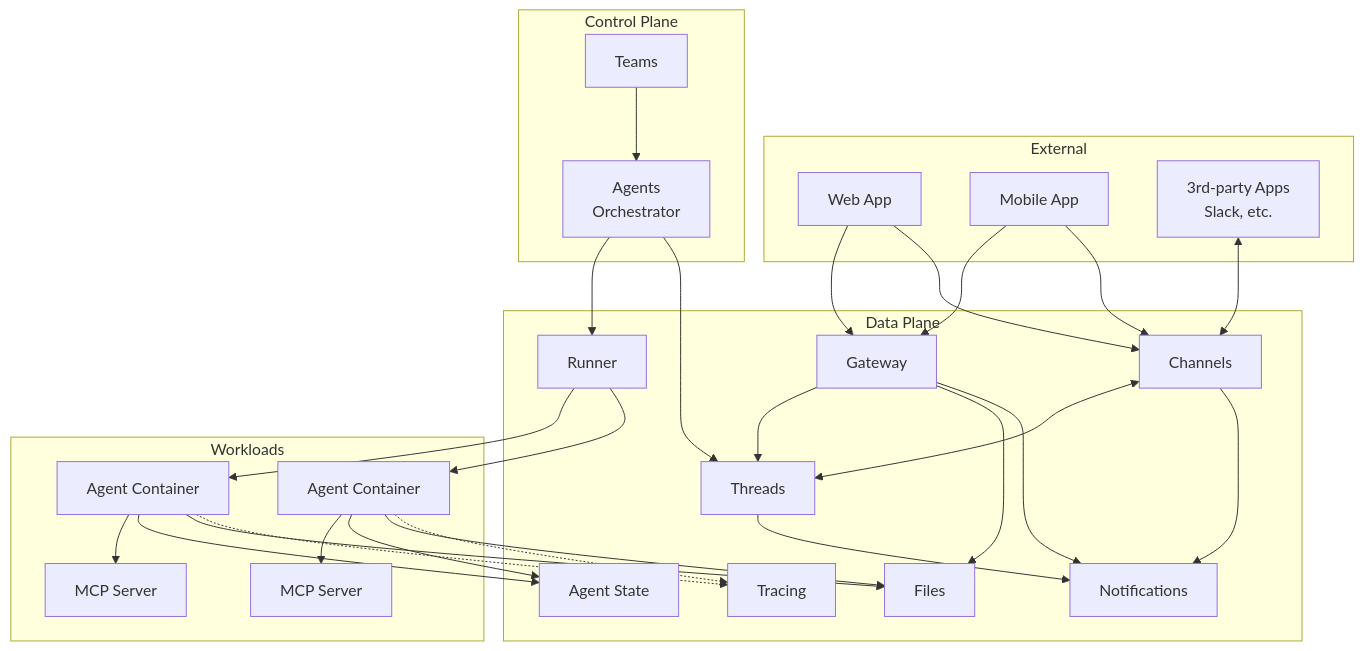
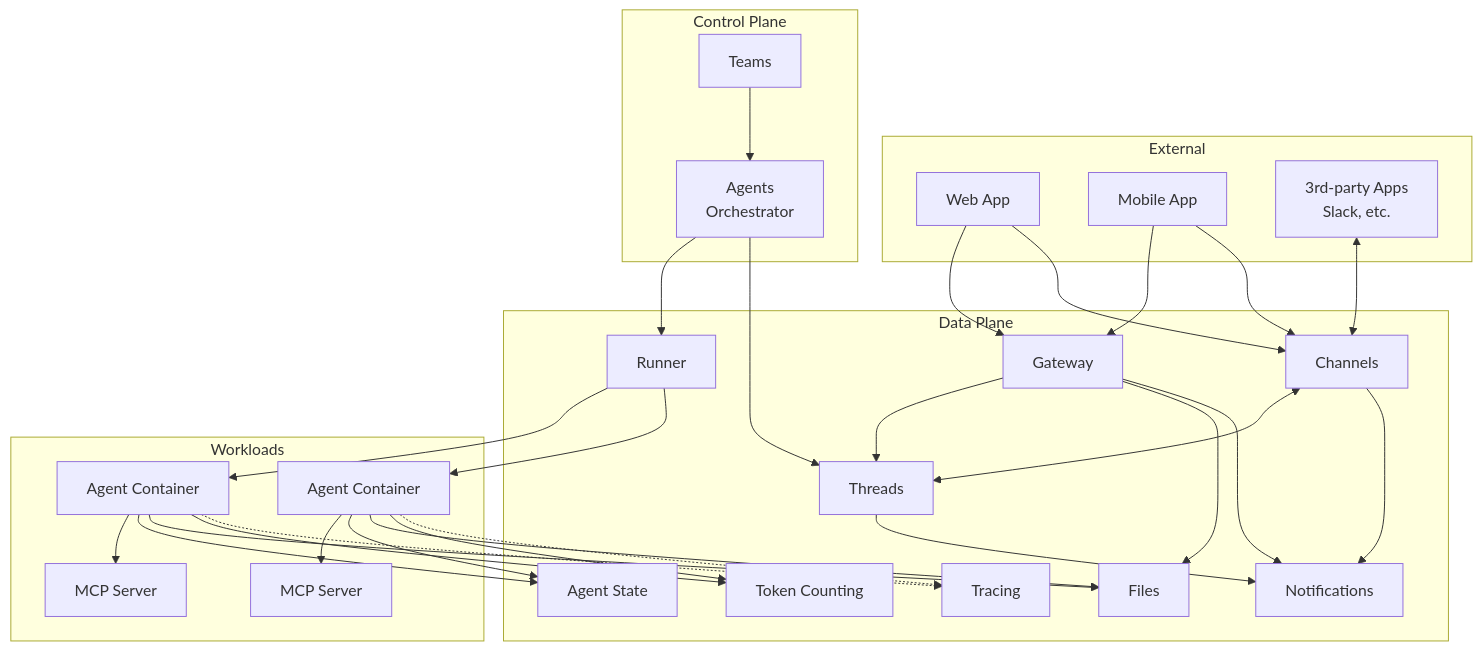
The diagram in architecture/system-overview.md (agynio/architecture), drawn with Mermaid before and after one commit. The commit also changed other lines of this file and 5 other files, not shown here.

First line of the commit message:
Add Token Counting service, resolve context size open question

````diff
--- a/architecture/system-overview.md
+++ b/architecture/system-overview.md
@@ -7,54 +7,56 @@
 ```mermaid
 graph TB
     subgraph External
         WebApp[Web App]
         MobileApp[Mobile App]
         ThirdParty[3rd-party Apps<br/>Slack, etc.]
     end
 
     subgraph Control Plane
         Teams[Teams]
         AgentsOrch[Agents<br/>Orchestrator]
     end
 
     subgraph Data Plane
         Gateway[Gateway]
         Channels[Channels]
         Threads[Threads]
         Files[Files]
+        TokenCounting[Token Counting]
         Notifications[Notifications]
         Runner[Runner]
         AgentState[Agent State]
         Tracing[Tracing]
     end
 
     subgraph Workloads
         Agent1[Agent Container]
         Agent2[Agent Container]
         MCP1[MCP Server]
         MCP2[MCP Server]
     end
 
     WebApp & MobileApp --> Gateway
     ThirdParty <--> Channels
     WebApp & MobileApp --> Channels
 
     Gateway --> Threads
     Gateway --> Files
     Gateway --> Notifications
     Channels <--> Threads
     Channels --> Notifications
 
     Threads --> Notifications
     AgentsOrch --> Runner
     AgentsOrch --> Threads
 
     Runner --> Agent1 & Agent2
     Agent1 --> MCP1
     Agent2 --> MCP2
     Agent1 & Agent2 --> AgentState
     Agent1 & Agent2 --> Files
+    Agent1 & Agent2 --> TokenCounting
     Agent1 & Agent2 -.-> Tracing
 
     Teams --> AgentsOrch
 ```
````
